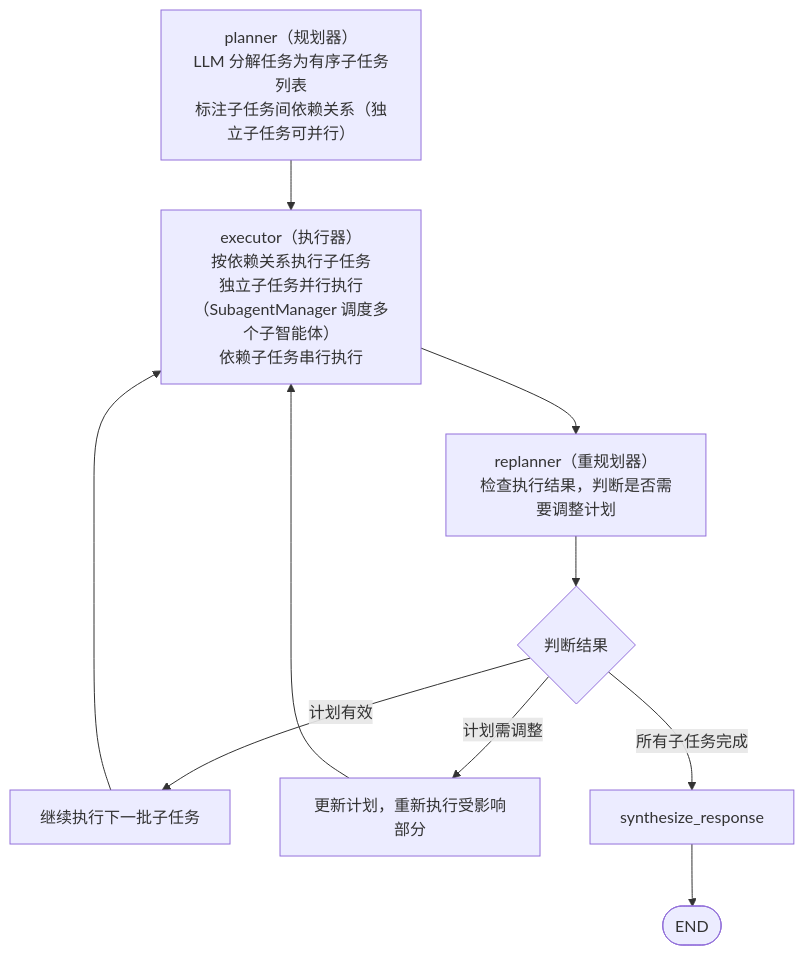
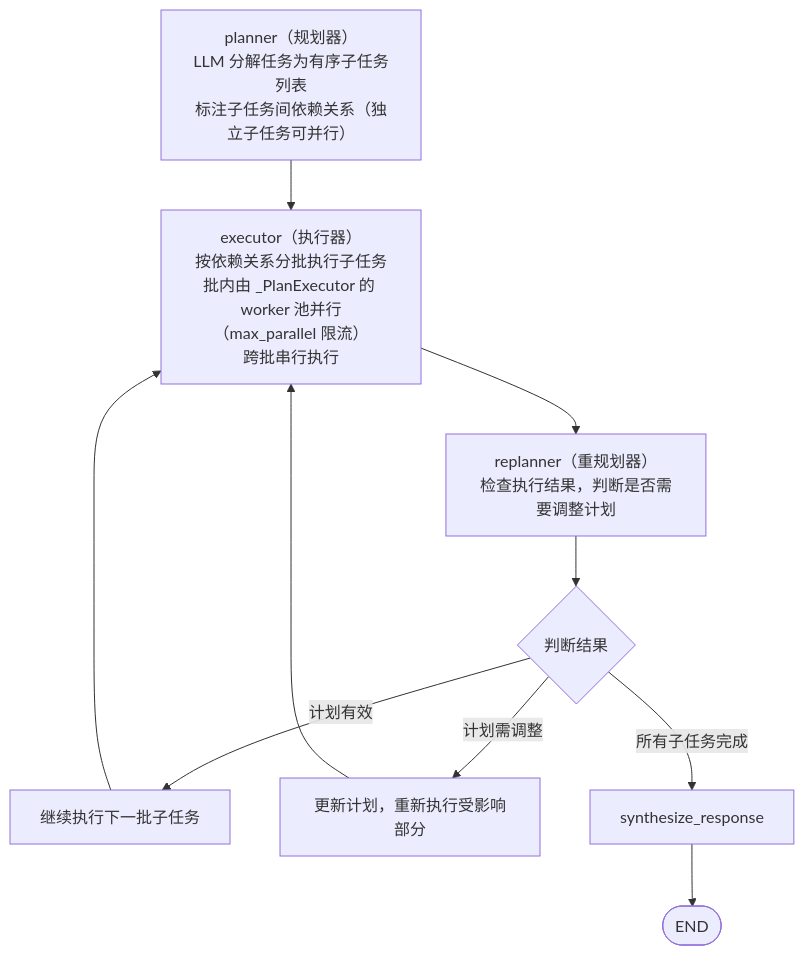
One commit to earthy-zinc/dehaze-system changed the fourth of 6 diagrams in dehaze-doc/docs/03-模块设计/核心模块/AI对话/多步推理/后端实现.md. Above: the diagram before and after it, drawn with Mermaid. The commit also changed other lines of this file and 2348 other files, not shown here.

````diff
--- a/dehaze-doc/docs/03-模块设计/核心模块/AI对话/多步推理/后端实现.md
+++ b/dehaze-doc/docs/03-模块设计/核心模块/AI对话/多步推理/后端实现.md
@@ -184,9 +184,9 @@
 ```mermaid
 flowchart TD
-    A["planner（规划器）<br/>LLM 分解任务为有序子任务列表<br/>标注子任务间依赖关系（独立子任务可并行）"] --> B["executor（执行器）<br/>按依赖关系执行子任务<br/>独立子任务并行执行（SubagentManager 调度多个子智能体）<br/>依赖子任务串行执行"]
+    A["planner（规划器）<br/>LLM 分解任务为有序子任务列表<br/>标注子任务间依赖关系（独立子任务可并行）"] --> B["executor（执行器）<br/>按依赖关系分批执行子任务<br/>批内由 _PlanExecutor 的 worker 池并行（max_parallel 限流）<br/>跨批串行执行"]
     B --> C["replanner（重规划器）<br/>检查执行结果，判断是否需要调整计划"]
     C --> D{"判断结果"}
     D -->|计划有效| E["继续执行下一批子任务"] --> B
     D -->|计划需调整| F["更新计划，重新执行受影响部分"] --> B
     D -->|所有子任务完成| G["synthesize_response"] --> END([END])
 ```
````
